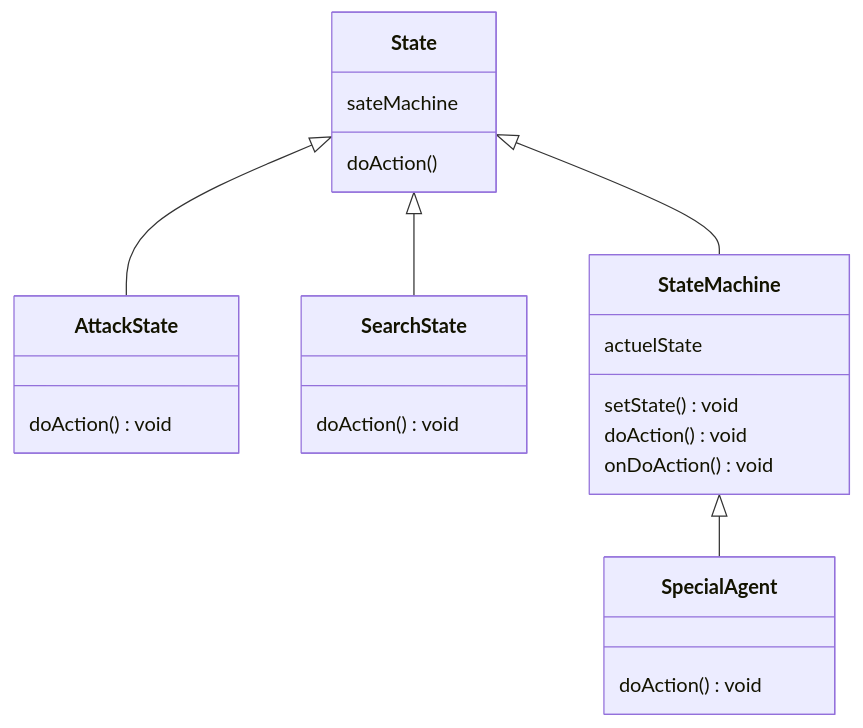
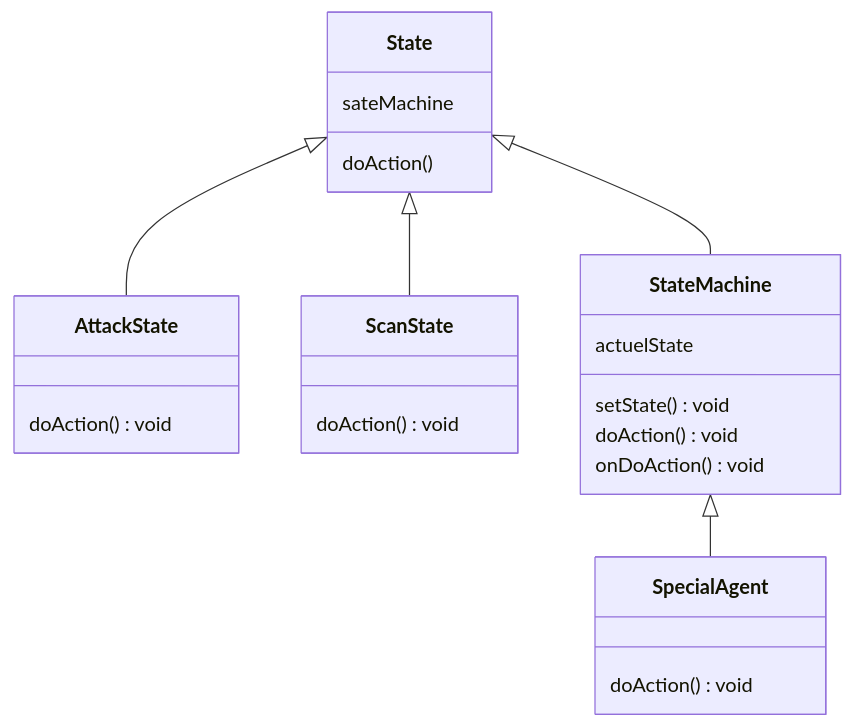
Before and after one commit to Hug-prog/py: the first of 2 diagrams in README.md, drawn with Mermaid. The commit also changed 6 other files, not shown here.

````diff
--- a/README.md
+++ b/README.md
@@ -3,30 +3,30 @@
 ```mermaid
 classDiagram
 
 State <|-- AttackState
-State <|-- SearchState
+State <|-- ScanState
 State <|-- StateMachine
 StateMachine <|-- SpecialAgent
 State:sateMachine
 State: doAction()
 
 class AttackState{
 doAction()void
 }
 
-class SearchState{
+class ScanState{
 doAction()void
 }
 
 class StateMachine{
 actuelState
 setState()void
 doAction()void
 onDoAction()void
 }
 
 class SpecialAgent{
 doAction()void
 }
 
 ```
````
